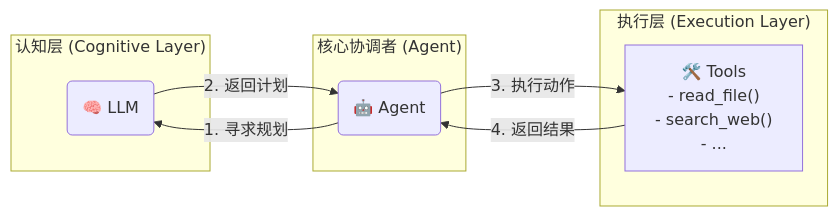
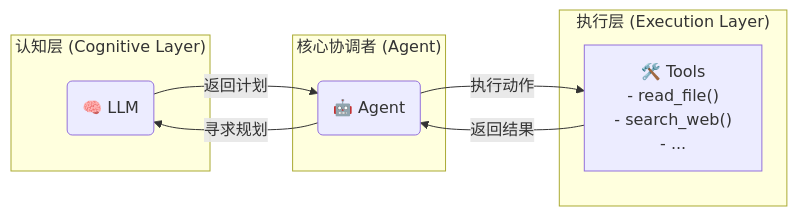
Before and after one commit to seemrcola/bot-server: the diagram in TEACH.md, drawn with Mermaid.

````diff
--- a/TEACH.md
+++ b/TEACH.md
@@ -14,19 +14,19 @@
 ```mermaid
 graph LR
     subgraph "认知层 (Cognitive Layer)"
         LLM("🧠 LLM")
     end
 
     subgraph "核心协调者 (Agent)"
         AGENT("🤖 Agent")
     end
 
     subgraph "执行层 (Execution Layer)"
         TOOLS["🛠️ Tools<br/>- read_file()<br/>- search_web()<br/>- ..."]
     end
     
-    AGENT -- "1. 寻求规划" --> LLM
-    LLM -- "2. 返回计划" --> AGENT
-    AGENT -- "3. 执行动作" --> TOOLS
-    TOOLS -- "4. 返回结果" --> AGENT
+    AGENT -- "寻求规划" --> LLM
+    LLM -- "返回计划" --> AGENT
+    AGENT -- "执行动作" --> TOOLS
+    TOOLS -- "返回结果" --> AGENT
 ```
````
